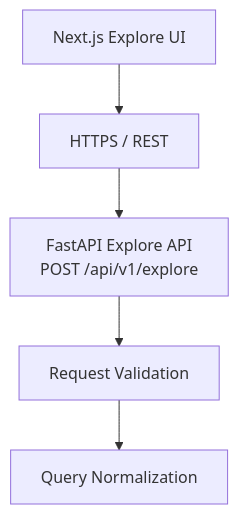
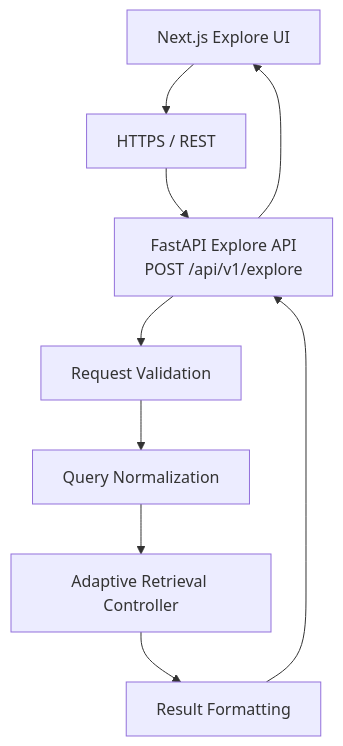
The third of 35 diagrams in docs/explore.md (garimakumari44/ai_research_assistant), drawn with Mermaid before and after one commit. The commit also changed other lines of this file and 2 other files, not shown here.

````diff
--- a/docs/explore.md
+++ b/docs/explore.md
@@ -122,18 +98,19 @@
 ```mermaid
 flowchart TD
-
-    UI[Next.js Explore UI]
-
-    HTTP[HTTPS / REST]
-
-    API[FastAPI Explore API<br/>POST /api/v1/explore]
-
-    V[Request Validation]
-
-    N[Query Normalization]
+    UI["Next.js Explore UI"]
+    HTTP["HTTPS / REST"]
+    API["FastAPI Explore API<br/>POST /api/v1/explore"]
+    V["Request Validation"]
+    N["Query Normalization"]
+    C["Adaptive Retrieval Controller"]
+    RF["Result Formatting"]
 
     UI --> HTTP
     HTTP --> API
     API --> V
     V --> N
+    N --> C
+    C --> RF
+    RF --> API
+    API --> UI
 ```
````
